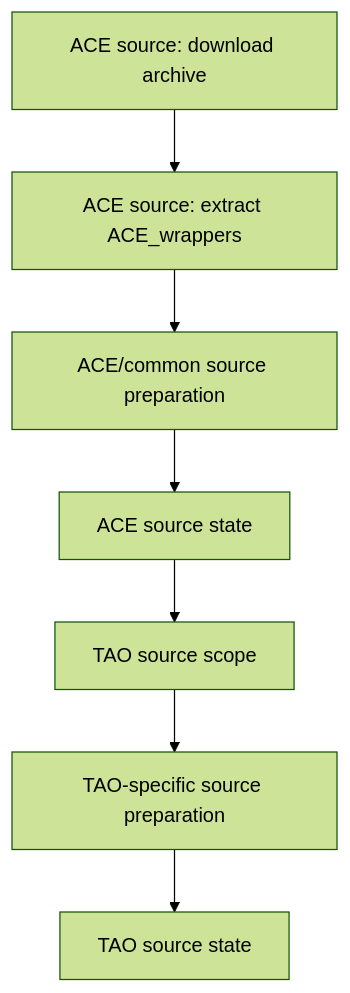
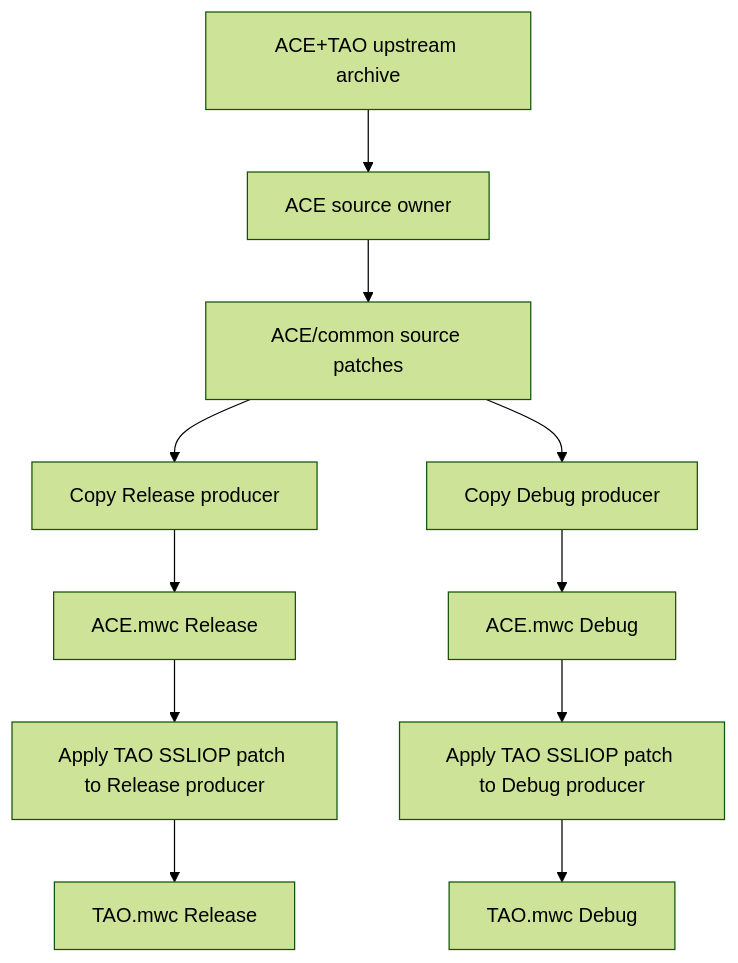
Before and after one commit to adeccscholar/BuildEngine-Admin: the second of 10 diagrams in admin/server-docs/library-extensions.md, drawn with Mermaid (forest theme). The commit also changed other lines of this file, not shown here.

Commit message:
Align extension docs with producer preparation and handoff barrier

````diff
--- a/admin/server-docs/library-extensions.md
+++ b/admin/server-docs/library-extensions.md
@@ -116,9 +149,13 @@
 ```mermaid
 flowchart TD
-    D[ACE source: download archive] --> X[ACE source: extract ACE_wrappers]
-    X --> AP[ACE/common source preparation]
-    AP --> AS[ACE source state]
-    AS --> TS[TAO source scope]
-    TS --> TP[TAO-specific source preparation]
-    TP --> TR[TAO source state]
+    U[ACE+TAO upstream archive] --> S[ACE source owner]
+    S --> P[ACE/common source patches]
+    P --> CR[Copy Release producer]
+    P --> CD[Copy Debug producer]
+    CR --> ABR[ACE.mwc Release]
+    CD --> ABD[ACE.mwc Debug]
+    ABR --> TPR[Apply TAO SSLIOP patch to Release producer]
+    ABD --> TPD[Apply TAO SSLIOP patch to Debug producer]
+    TPR --> TBR[TAO.mwc Release]
+    TPD --> TBD[TAO.mwc Debug]
 ```
````
